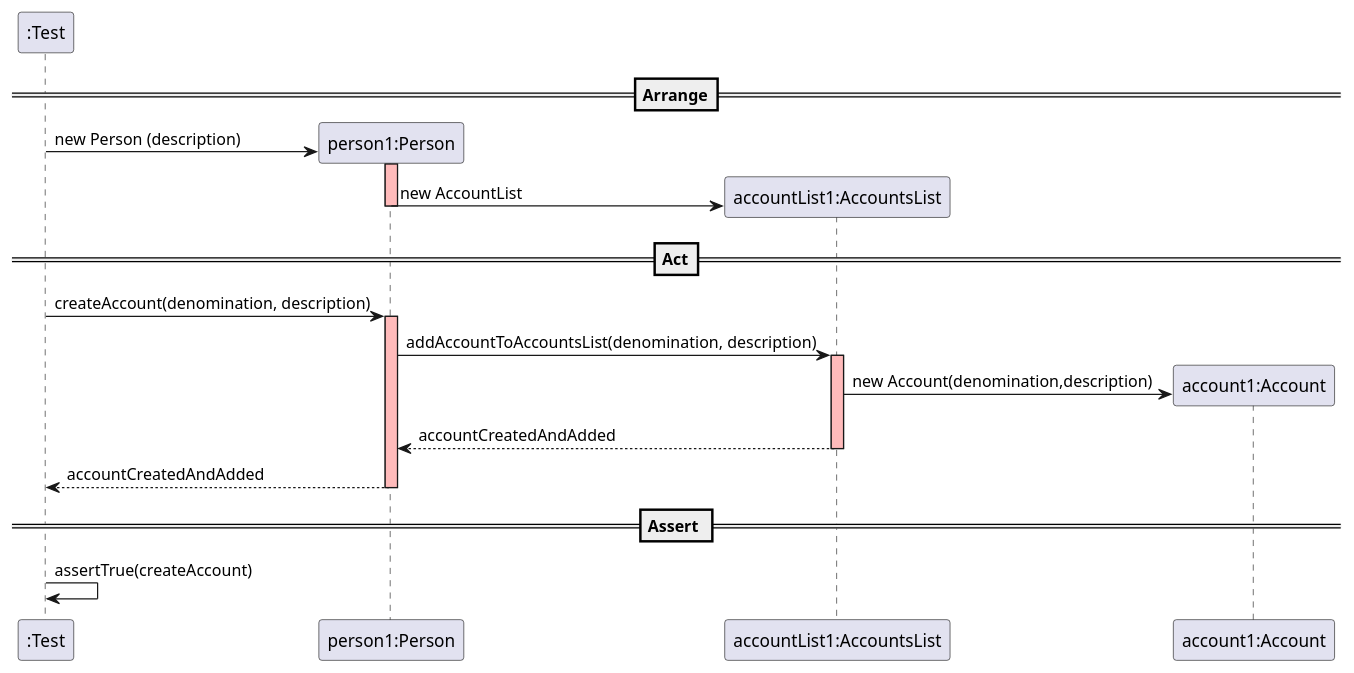
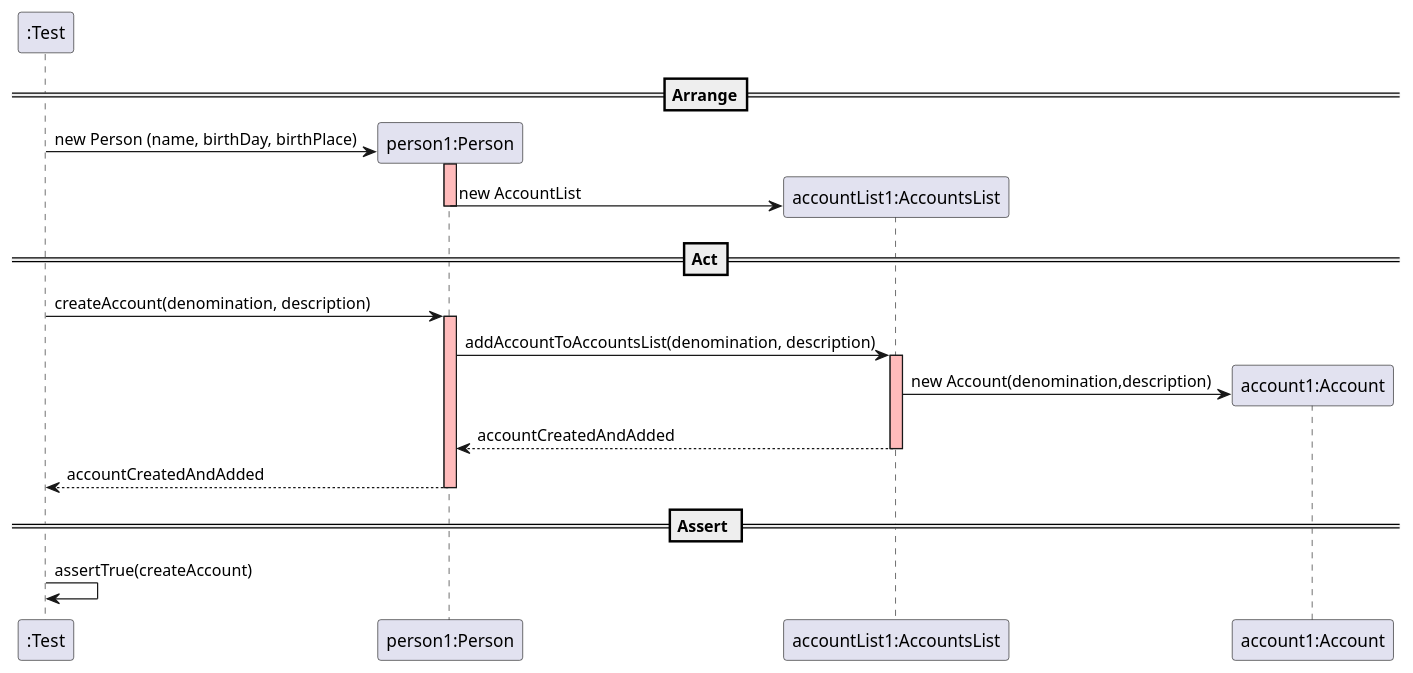
The diagram in docs/SequenceDiagram - US006.puml (mleitaoribeiro/DevOpsMaven), drawn with PlantUML before and after one commit.

Commit message:
ref#279: Sequence Diagram - create account, change

```diff
--- a/docs/SequenceDiagram - US006.puml
+++ b/docs/SequenceDiagram - US006.puml
@@ -1,34 +1,34 @@
 @startuml
 create ":Test"
 
 ==Arrange==
 
 create "person1:Person"
-":Test" -> "person1:Person" : new Person (description)
+":Test" -> "person1:Person" : new Person (name, birthDay, birthPlace)
 activate "person1:Person" #FFBBBB
 
 create "accountList1:AccountsList"
 "person1:Person" -> "accountList1:AccountsList" : new AccountList
 deactivate "person1:Person" #FFBBBB
 
 
 ==Act==
 ":Test" -> "person1:Person" : createAccount(denomination, description)
 activate "person1:Person" #FFBBBB
 
 "person1:Person" -> "accountList1:AccountsList" : addAccountToAccountsList(denomination, description)
 activate "accountList1:AccountsList" #FFBBBB
 
 create "account1:Account"
 "accountList1:AccountsList" -> "account1:Account" : new Account(denomination,description)
 
 "accountList1:AccountsList" --> "person1:Person" : accountCreatedAndAdded
 deactivate "accountList1:AccountsList" #FFBBBB
 
 "person1:Person" --> ":Test" : accountCreatedAndAdded
 deactivate "person1:Person" #FFBBBB
 
 == Assert ==
 
 ":Test" -> ":Test" : assertTrue(createAccount)
 @enduml
```
